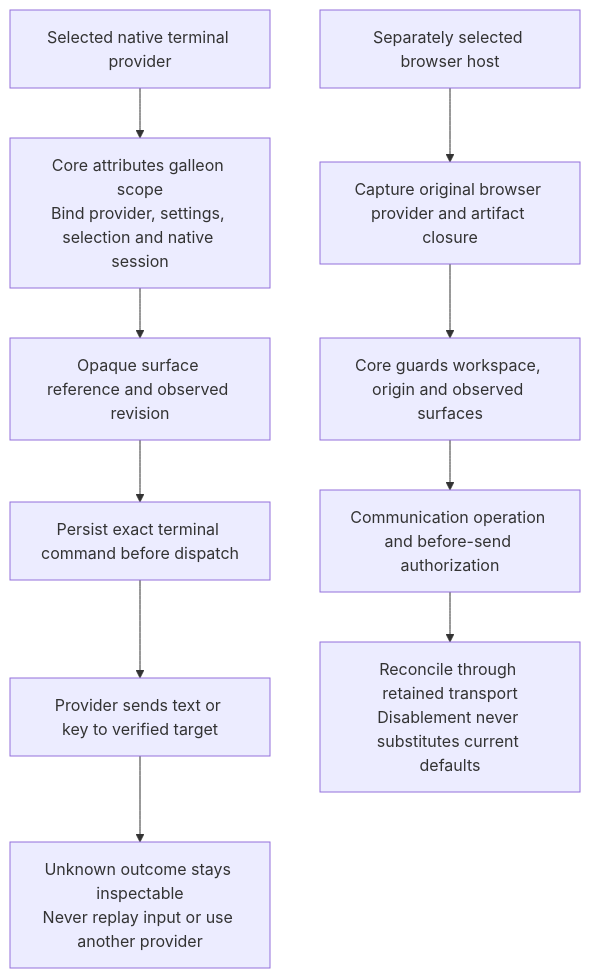
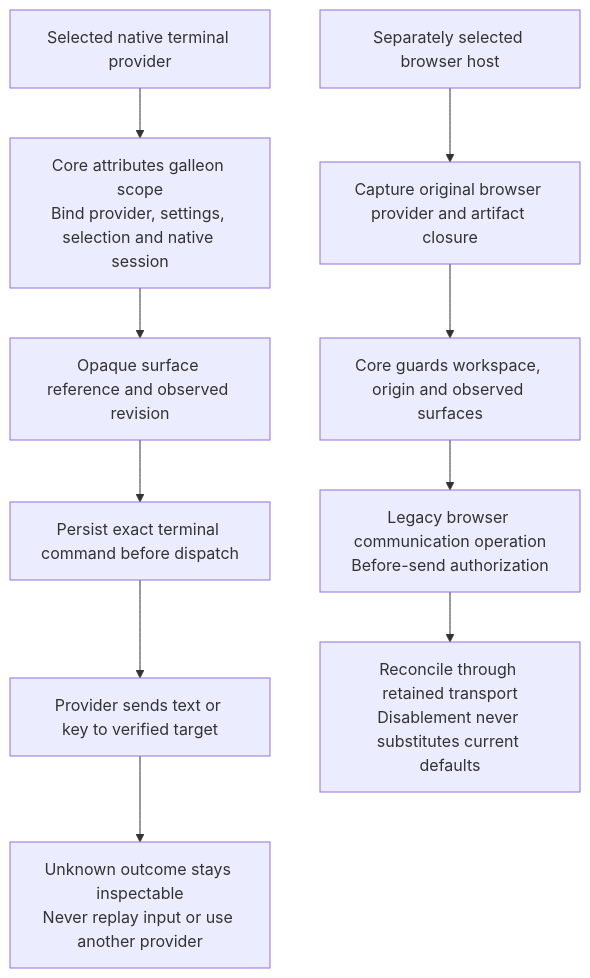
Diagram 18 of 26 in docs/helmsman-process.md (nloehlein-godaddy/helmsman), drawn with Mermaid before and after one commit. The commit also changed other lines of this file and 41 other files, not shown here.

````diff
--- a/docs/helmsman-process.md
+++ b/docs/helmsman-process.md
@@ -445,12 +447,12 @@
 ```mermaid
 flowchart TD
     Terminal[Selected native terminal provider] --> Observe[Core attributes galleon scope<br/>Bind provider, settings, selection and native session]
     Observe --> Target[Opaque surface reference and observed revision]
     Target --> Receipt[Persist exact terminal command before dispatch]
     Receipt --> Native[Provider sends text or key to verified target]
     Native --> Unknown[Unknown outcome stays inspectable<br/>Never replay input or use another provider]
     Browser[Separately selected browser host] --> Capture[Capture original browser provider and artifact closure]
     Capture --> Guard[Core guards workspace, origin and observed surfaces]
-    Guard --> Operation[Communication operation and before-send authorization]
+    Guard --> Operation[Legacy browser communication operation<br/>Before-send authorization]
     Operation --> Recovery[Reconcile through retained transport<br/>Disablement never substitutes current defaults]
 ```
````
